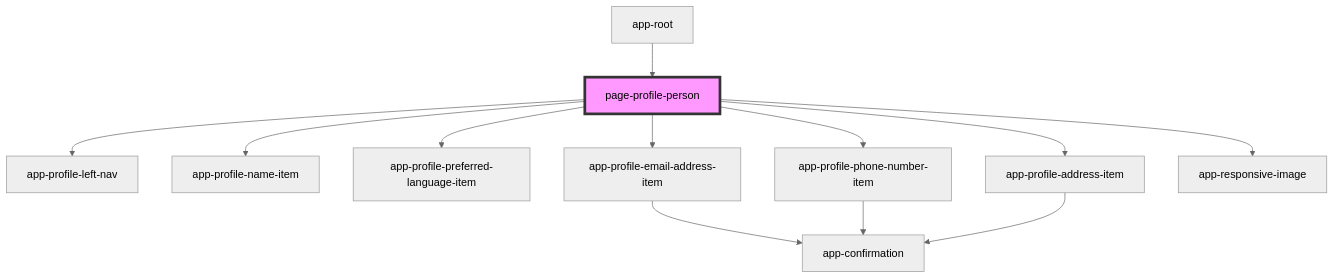
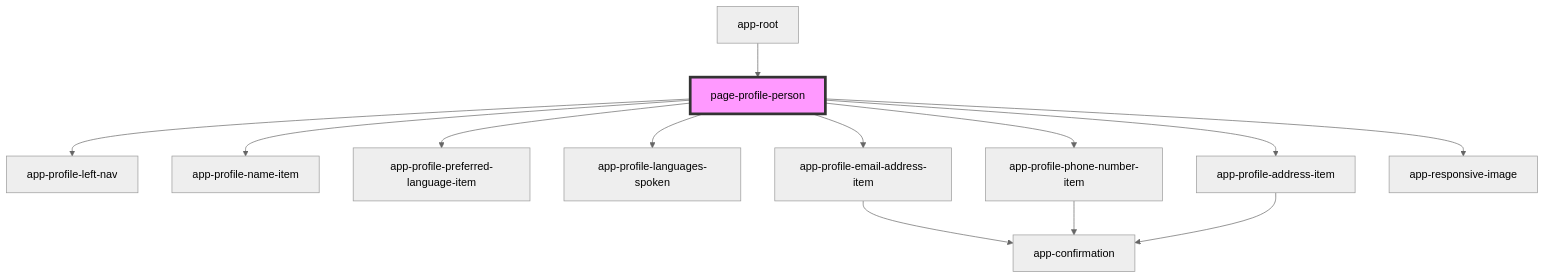
Before and after one commit to lokheed/IconEventNetwork.Web: the diagram in iconeventnetwork-web/src/components/pages/page-profile-person/readme.md, drawn with Mermaid (neutral theme). The commit also changed other lines of this file and 9 other files, not shown here.

Commit message:
manage languages spoken

````diff
--- a/iconeventnetwork-web/src/components/pages/page-profile-person/readme.md
+++ b/iconeventnetwork-web/src/components/pages/page-profile-person/readme.md
@@ -25,15 +26,16 @@
 ```mermaid
 graph TD;
   page-profile-person --> app-profile-left-nav
   page-profile-person --> app-profile-name-item
   page-profile-person --> app-profile-preferred-language-item
+  page-profile-person --> app-profile-languages-spoken
   page-profile-person --> app-profile-email-address-item
   page-profile-person --> app-profile-phone-number-item
   page-profile-person --> app-profile-address-item
   page-profile-person --> app-responsive-image
   app-profile-email-address-item --> app-confirmation
   app-profile-phone-number-item --> app-confirmation
   app-profile-address-item --> app-confirmation
   app-root --> page-profile-person
   style page-profile-person fill:#f9f,stroke:#333,stroke-width:4px
 ```
````
